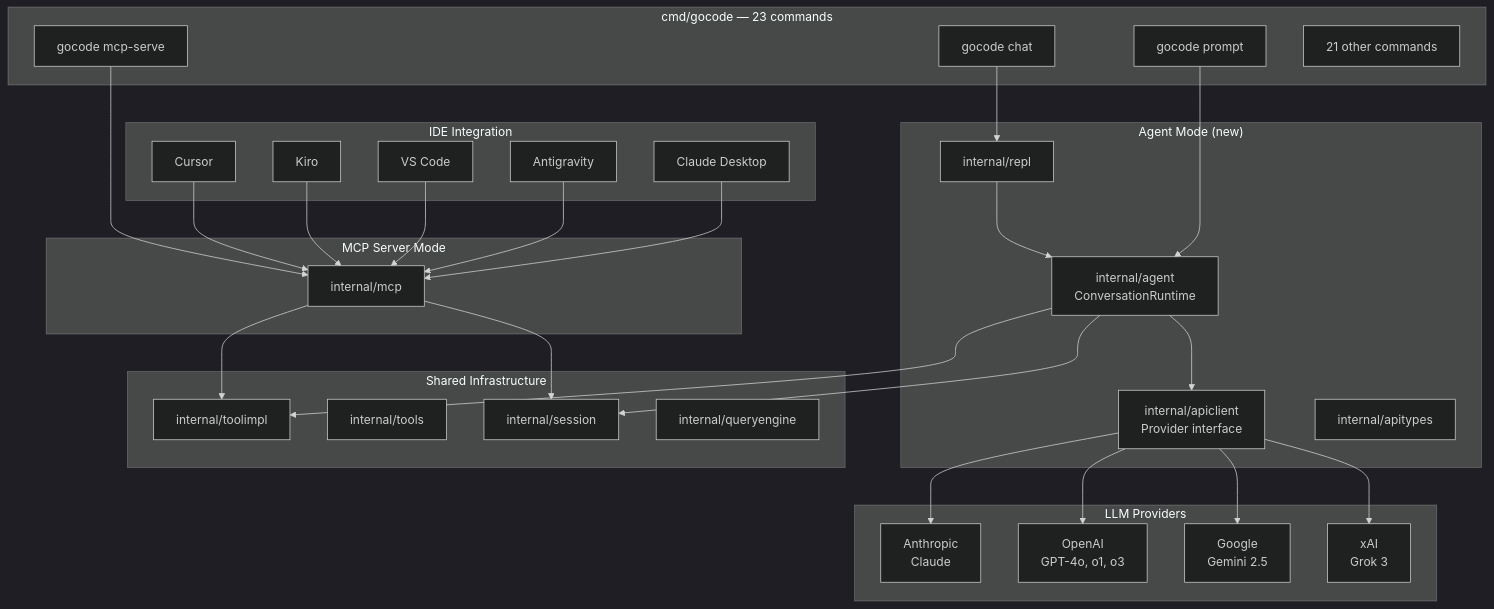
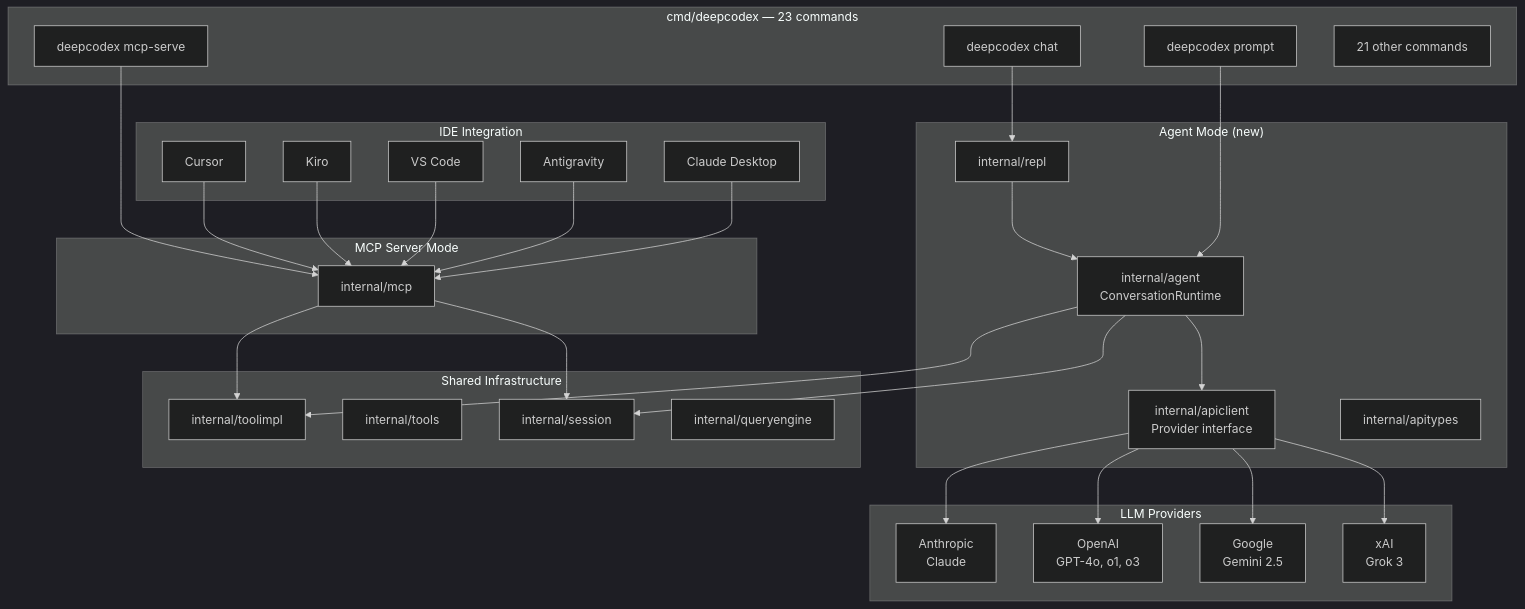
One commit to zboya/deepcodex changed the diagram in agent/docs/architecture.md. Above: the diagram before and after it, drawn with Mermaid (dark theme). The commit also changed other lines of this file and 64 other files, not shown here.

````diff
--- a/agent/docs/architecture.md
+++ b/agent/docs/architecture.md
@@ -52,51 +52,51 @@
 ```mermaid
 graph TB
-    subgraph CLI["cmd/gocode — 23 commands"]
-        Chat["gocode chat"]
-        Prompt["gocode prompt"]
-        MCPServe["gocode mcp-serve"]
+    subgraph CLI["cmd/deepcodex — 23 commands"]
+        Chat["deepcodex chat"]
+        Prompt["deepcodex prompt"]
+        MCPServe["deepcodex mcp-serve"]
         Other["21 other commands"]
     end
 
     subgraph Agent["Agent Mode (new)"]
         REPL["internal/repl"]
         Runtime["internal/agent<br/>ConversationRuntime"]
         ApiClient["internal/apiclient<br/>Provider interface"]
         ApiTypes["internal/apitypes"]
     end
 
     subgraph Providers["LLM Providers"]
         Anthropic["Anthropic<br/>Claude"]
         OpenAI["OpenAI<br/>GPT-4o, o1, o3"]
         Gemini["Google<br/>Gemini 2.5"]
         XAI["xAI<br/>Grok 3"]
     end
 
     subgraph MCP["MCP Server Mode"]
         MCPServer["internal/mcp"]
     end
 
     subgraph Shared["Shared Infrastructure"]
         ToolImpl["internal/toolimpl"]
         Tools["internal/tools"]
         Session["internal/session"]
         QE["internal/queryengine"]
     end
 
     subgraph IDEs["IDE Integration"]
         Cursor["Cursor"]
         Kiro["Kiro"]
         VSCode["VS Code"]
         Antigravity["Antigravity"]
         ClaudeDesktop["Claude Desktop"]
     end
 
     Chat --> REPL --> Runtime
     Prompt --> Runtime
     Runtime --> ApiClient --> Anthropic & OpenAI & Gemini & XAI
     Runtime --> ToolImpl
     Runtime --> Session
 
     MCPServe --> MCPServer --> ToolImpl & Session
     Cursor & Kiro & VSCode & Antigravity & ClaudeDesktop --> MCPServer
 ```
````
